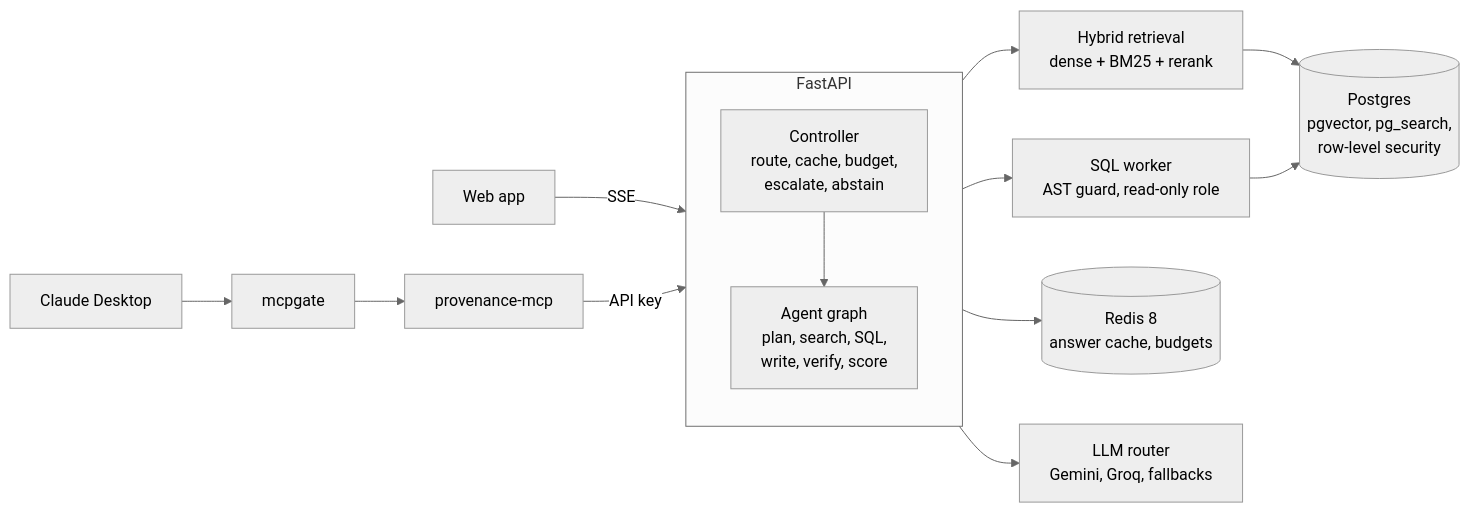
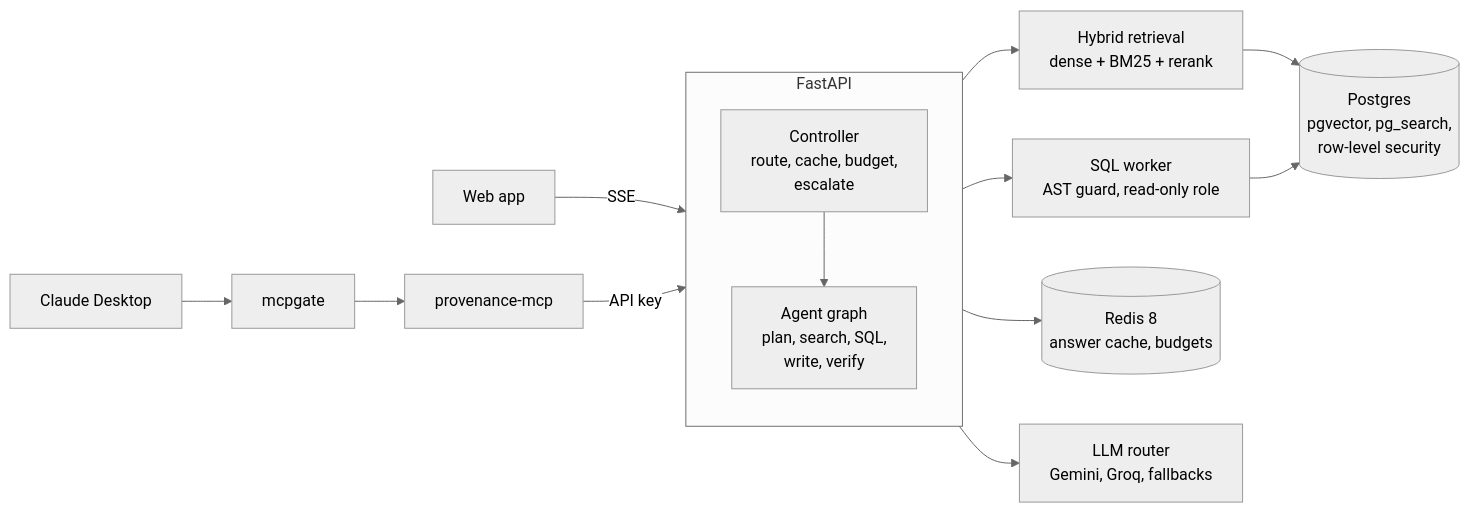
One commit to kedar4real/provenance-multi-agent-knowledge-pltfrm changed the diagram in README.md. Above: the diagram before and after it, drawn with Mermaid (neutral theme). The commit also changed other lines of this file, not shown here.

````diff
--- a/README.md
+++ b/README.md
@@ -65,16 +94,16 @@
 ```mermaid
 flowchart LR
     UI[Web app] -->|SSE| API
     MCPC[Claude Desktop] --> GATE[mcpgate] --> MCP[provenance-mcp] -->|API key| API
     subgraph API[FastAPI]
         direction TB
-        CTL[Controller<br/>route, cache, budget,<br/>escalate, abstain]
-        CTL --> AG[Agent graph<br/>plan, search, SQL,<br/>write, verify, score]
+        CTL[Controller<br/>route, cache, budget,<br/>escalate]
+        CTL --> AG[Agent graph<br/>plan, search, SQL,<br/>write, verify]
     end
     AG --> RET[Hybrid retrieval<br/>dense + BM25 + rerank]
     AG --> SQL[SQL worker<br/>AST guard, read-only role]
     RET --> PG[(Postgres<br/>pgvector, pg_search,<br/>row-level security)]
     SQL --> PG
     CTL --> RD[(Redis 8<br/>answer cache, budgets)]
     AG --> LLM[LLM router<br/>Gemini, Groq, fallbacks]
 ```
````
